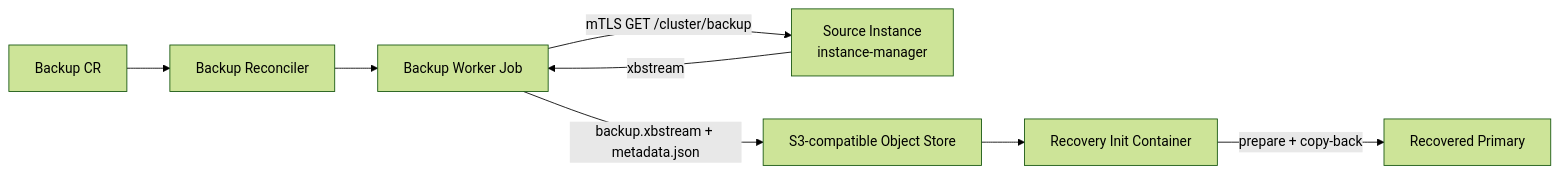
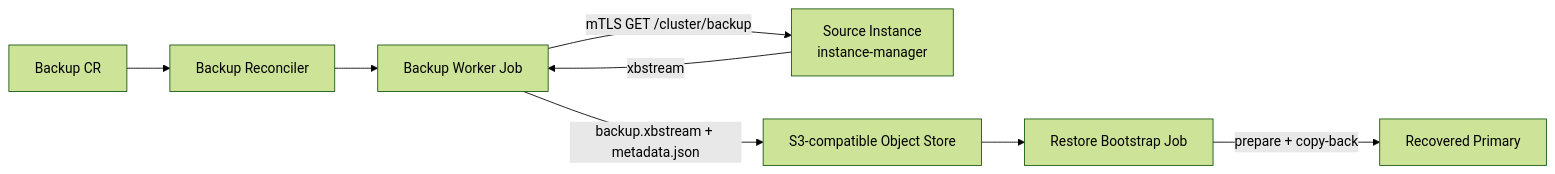
Before and after one commit to cnmsql/cnmsql: the diagram in docs/src/backup-recovery.md, drawn with Mermaid (forest theme). The commit also changed other lines of this file and 41 other files, not shown here.

````diff
--- a/docs/src/backup-recovery.md
+++ b/docs/src/backup-recovery.md
@@ -26,18 +26,18 @@
 ```mermaid
 flowchart LR
     BackupCR["Backup CR"]
     Operator["Backup Reconciler"]
     Job["Backup Worker Job"]
     Source["Source Instance\ninstance-manager"]
     Store["S3-compatible Object Store"]
-    Restore["Recovery Init Container"]
+    Restore["Restore Bootstrap Job"]
     NewPrimary["Recovered Primary"]
 
     BackupCR --> Operator
     Operator --> Job
     Job -->|"mTLS GET /cluster/backup"| Source
     Source -->|"xbstream"| Job
     Job -->|"backup.xbstream + metadata.json"| Store
     Store --> Restore
     Restore -->|"prepare + copy-back"| NewPrimary
 ```
````
